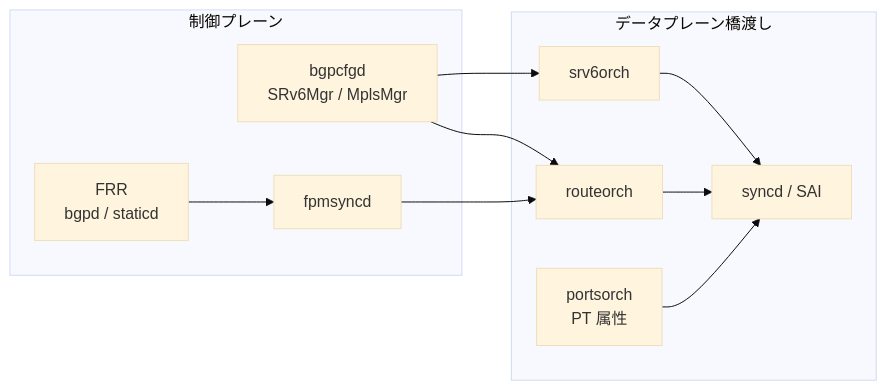
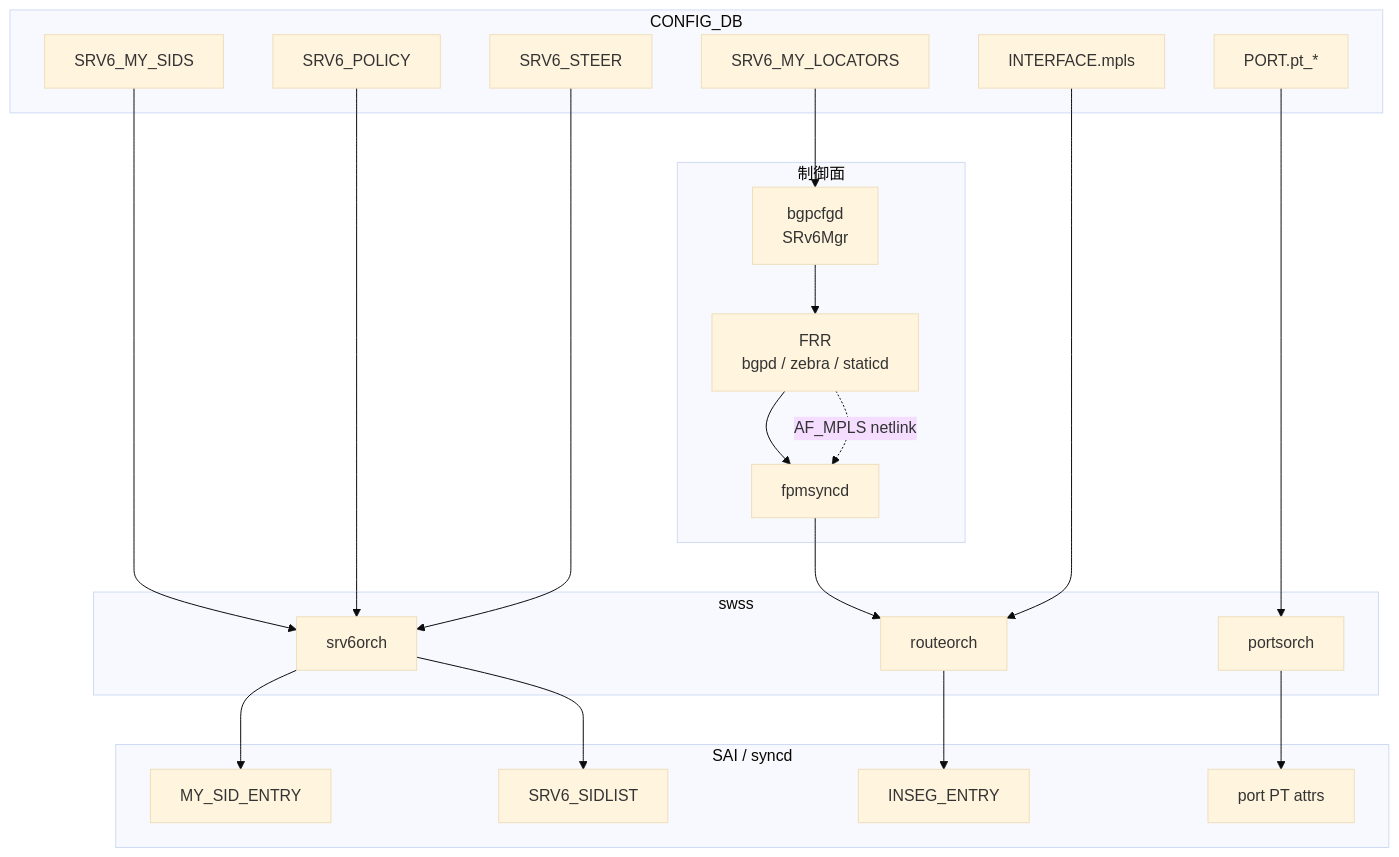
The first of 4 diagrams in docs/topics/17-srv6-mpls/concept.md (aoki-taquan/sonic-unofficial-docs), drawn with Mermaid (base theme) before and after one commit. The commit also changed other lines of this file and 3 other files, not shown here.

First line of the commit message:
fix(quality): deep rewrite docs/topics/17-srv6-mpls/concept.md (#5122)

````diff
--- a/docs/topics/17-srv6-mpls/concept.md
+++ b/docs/topics/17-srv6-mpls/concept.md
@@ -62,20 +76,34 @@
 ```mermaid
-flowchart LR
-  subgraph CP["制御プレーン"]
-    FRR["FRR<br/>bgpd / staticd"]
-    BGPCFGD["bgpcfgd<br/>SRv6Mgr / MplsMgr"]
-    FPMSYNCD[fpmsyncd]
-  end
-  subgraph DP["データプレーン橋渡し"]
-    SRV6ORCH[srv6orch]
-    ROUTEORCH[routeorch]
-    PORTSORCH["portsorch<br/>PT 属性"]
-    SYNCD["syncd / SAI"]
-  end
-  FRR --> FPMSYNCD --> ROUTEORCH
-  BGPCFGD --> SRV6ORCH
-  BGPCFGD --> ROUTEORCH
-  SRV6ORCH --> SYNCD
-  ROUTEORCH --> SYNCD
-  PORTSORCH --> SYNCD
+flowchart TB
+    subgraph CFG["CONFIG_DB"]
+        IF[INTERFACE.mpls]
+        LOC[SRV6_MY_LOCATORS]
+        SID[SRV6_MY_SIDS]
+        POL[SRV6_POLICY]
+        STR[SRV6_STEER]
+        PT[PORT.pt_*]
+    end
+    subgraph CTRL["制御面"]
+        FRR["FRR<br/>bgpd / zebra / staticd"]
+        BCFG["bgpcfgd<br/>SRv6Mgr"]
+        FPM[fpmsyncd]
+    end
+    subgraph SWSS["swss"]
+        SRORC[srv6orch]
+        RORC[routeorch]
+        PORTORC[portsorch]
+    end
+    subgraph SAI["SAI / syncd"]
+        MYSID[MY_SID_ENTRY]
+        SIDLIST[SRV6_SIDLIST]
+        LBL[INSEG_ENTRY]
+        PTATTR[port PT attrs]
+    end
+    LOC --> BCFG --> FRR --> FPM --> RORC --> LBL
+    SID --> SRORC --> MYSID
+    POL --> SRORC --> SIDLIST
+    STR --> SRORC
+    IF --> RORC
+    PT --> PORTORC --> PTATTR
+    FRR -.AF_MPLS netlink.-> FPM
 ```
````
